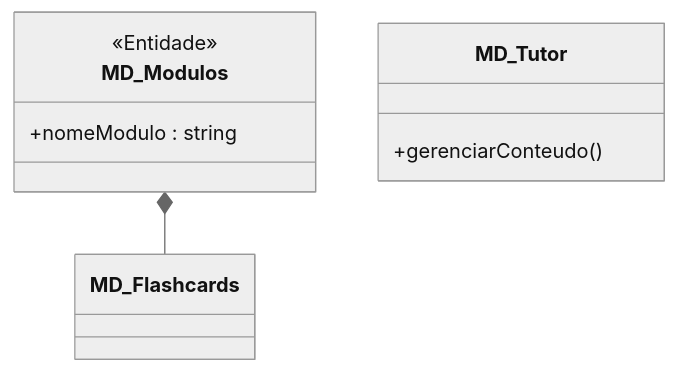
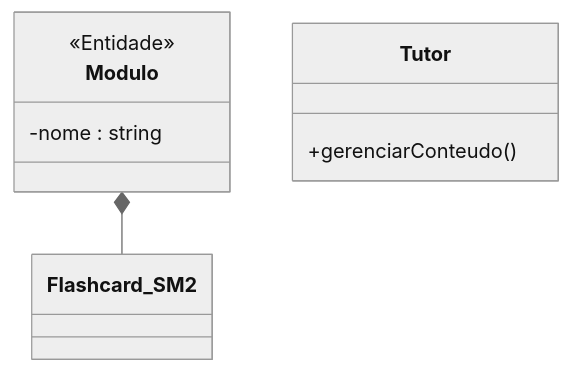
Before and after one commit to MayconDIS/PIM_III-Documentacao_UML: the ninth of 30 diagrams in 01_Relatorios_e_Dashboard/DASHBOARD_VISUAL.md, drawn with Mermaid (neutral theme). The commit also changed other lines of this file and 234 other files, not shown here.

````diff
--- a/01_Relatorios_e_Dashboard/DASHBOARD_VISUAL.md
+++ b/01_Relatorios_e_Dashboard/DASHBOARD_VISUAL.md
@@ -195,11 +192,11 @@
 ```mermaid
 classDiagram
-    MD_Modulos *-- MD_Flashcards
-    class MD_Tutor {
+    Modulo *-- Flashcard_SM2
+    class Tutor {
         +gerenciarConteudo()
     }
-    class MD_Modulos {
+    class Modulo {
         <<Entidade>>
-        +nomeModulo : string
+        -nome : string
     }
 ```
````
